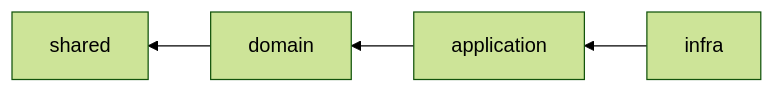
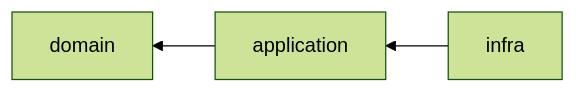
Before and after one commit to tNita/kotlin-sample-app: the second of 2 diagrams in docs/architecture.md, drawn with Mermaid (forest theme). The commit also changed other lines of this file and 24 other files, not shown here.

````diff
--- a/docs/architecture.md
+++ b/docs/architecture.md
@@ -49,6 +49,5 @@
 ```mermaid
 graph RL
     Infrastructure[infra] --> Application[application]
     Application --> Domain[domain]
-    Domain --> Shared[shared]
 ```
````
